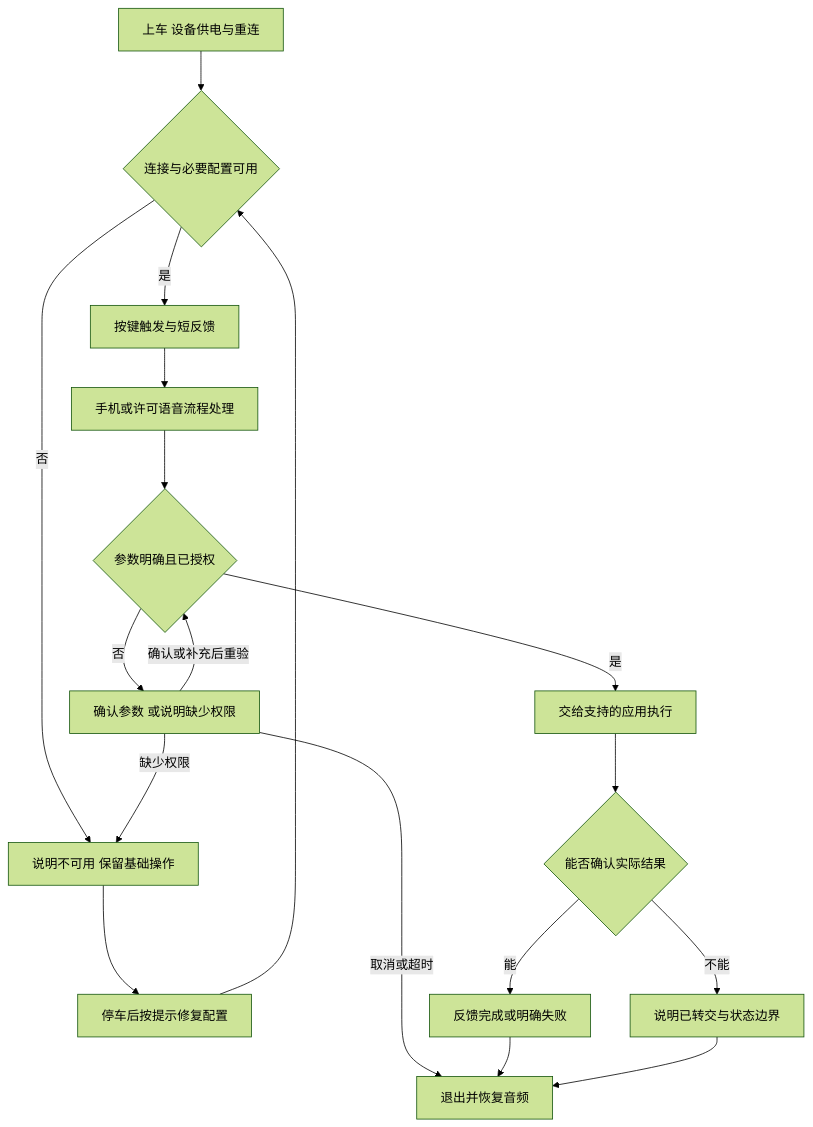
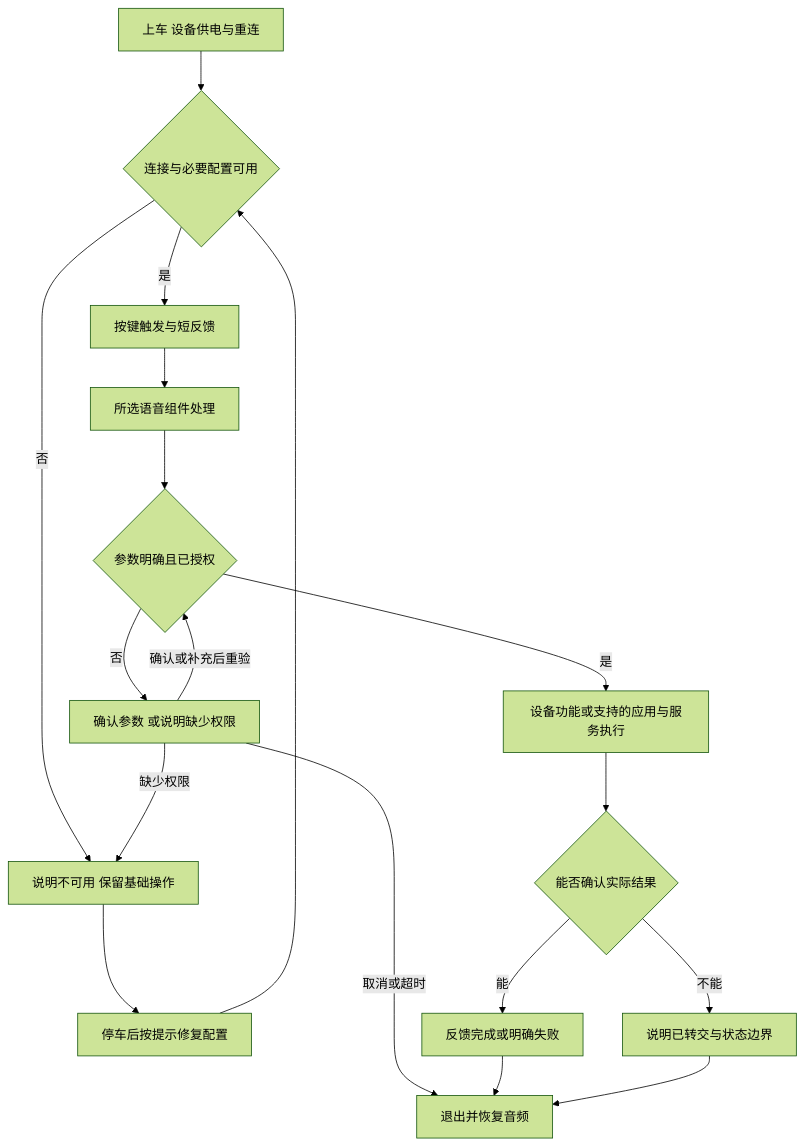
One commit to DreamSoul-AI/in-vehicle-ai-research changed the tenth of 13 diagrams in content/research.md. Above: the diagram before and after it, drawn with Mermaid (forest theme). The commit also changed other lines of this file and 51 other files, not shown here.

````diff
--- a/content/research.md
+++ b/content/research.md
@@ -451,21 +527,21 @@
 ```mermaid
 %% title: 从上车到任务结果的完整闭环
 flowchart TD
   A[上车 设备供电与重连] --> B{连接与必要配置可用}
   B -->|否| X[说明不可用 保留基础操作]
   X --> Y[停车后按提示修复配置]
   Y --> B
   B -->|是| C[按键触发与短反馈]
-  C --> D[手机或许可语音流程处理]
+  C --> D[所选语音组件处理]
   D --> E{参数明确且已授权}
   E -->|否| F[确认参数 或说明缺少权限]
   F -->|确认或补充后重验| E
   F -->|缺少权限| X
   F -->|取消或超时| Z[退出并恢复音频]
-  E -->|是| G[交给支持的应用执行]
+  E -->|是| G[设备功能或支持的应用与服务执行]
   G --> H{能否确认实际结果}
   H -->|能| I[反馈完成或明确失败]
   H -->|不能| J[说明已转交与状态边界]
   I --> Z
   J --> Z
 ```
````
